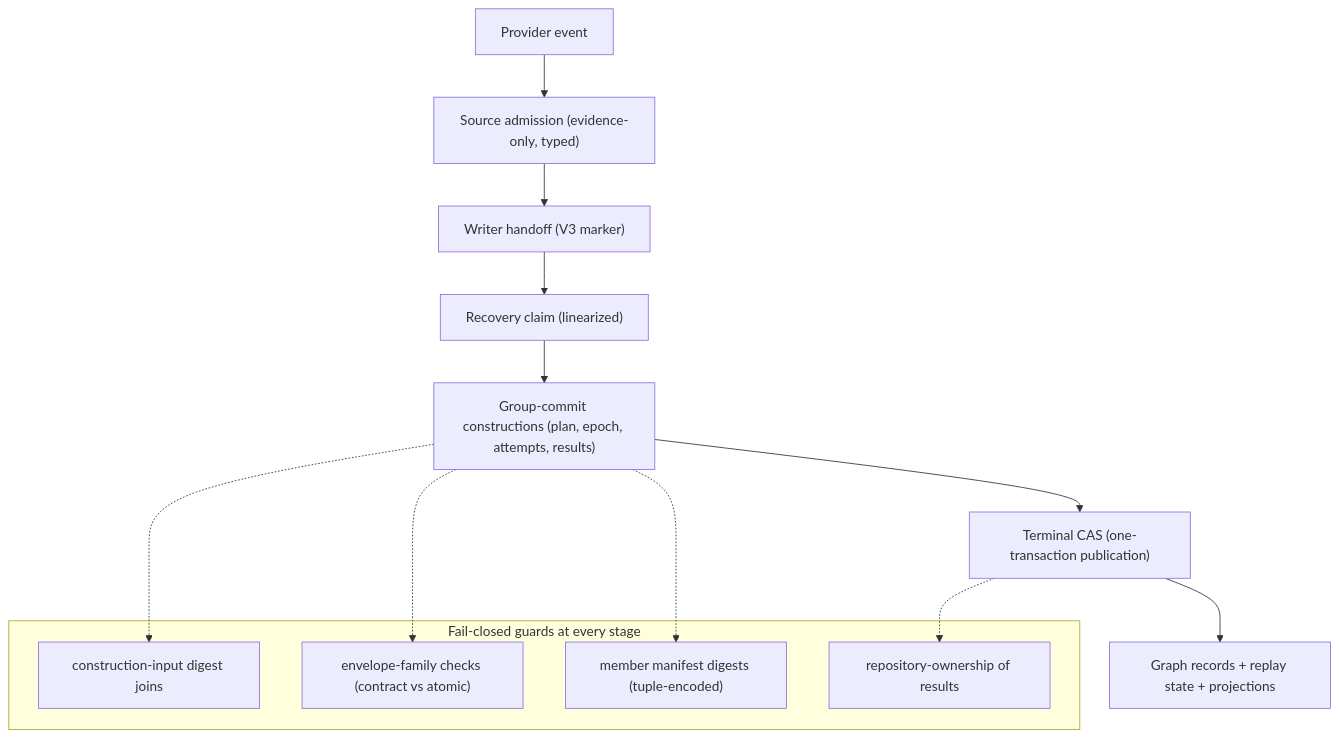
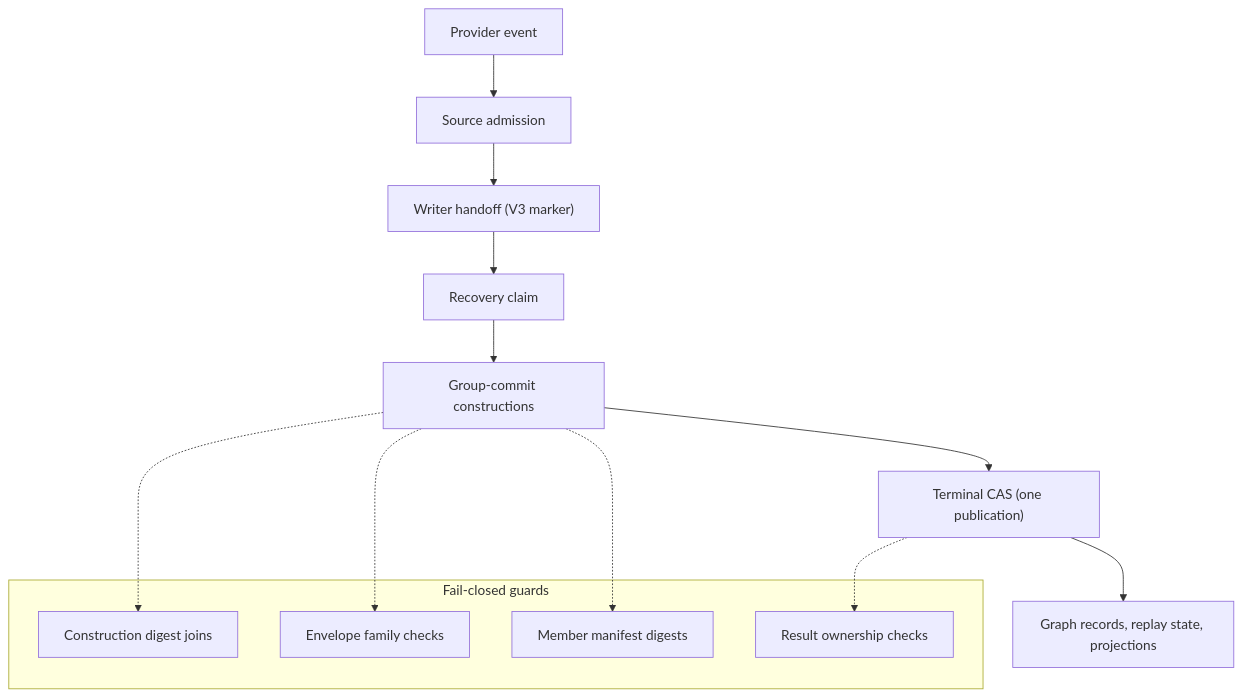
Before and after one commit to nrag/Memorii: the fourth of 7 diagrams in docs/architecture.md, drawn with Mermaid. The commit also changed other lines of this file and 1 other file, not shown here.

First line of the commit message:
docs: rewrite the README and architecture guide in Simplified Technical English (ASD-STE100)

````diff
--- a/docs/architecture.md
+++ b/docs/architecture.md
@@ -168,21 +163,21 @@
 ```mermaid
 flowchart TB
-    E["Provider event"] --> A["Source admission (evidence-only, typed)"]
+    E["Provider event"] --> A["Source admission"]
     A --> HF["Writer handoff (V3 marker)"]
-    HF --> RC["Recovery claim (linearized)"]
-    RC --> GC["Group-commit constructions (plan, epoch, attempts, results)"]
-    GC --> TC["Terminal CAS (one-transaction publication)"]
-    TC --> OUT["Graph records + replay state + projections"]
+    HF --> RC["Recovery claim"]
+    RC --> GC["Group-commit constructions"]
+    GC --> TC["Terminal CAS (one publication)"]
+    TC --> OUT["Graph records, replay state, projections"]
 
-    subgraph GUARD["Fail-closed guards at every stage"]
-        G1["construction-input digest joins"]
-        G2["envelope-family checks (contract vs atomic)"]
-        G3["member manifest digests (tuple-encoded)"]
-        G4["repository-ownership of results"]
+    subgraph GUARD["Fail-closed guards"]
+        G1["Construction digest joins"]
+        G2["Envelope family checks"]
+        G3["Member manifest digests"]
+        G4["Result ownership checks"]
     end
 
     GC -.-> G1
     GC -.-> G2
     GC -.-> G3
     TC -.-> G4
 ```
````
